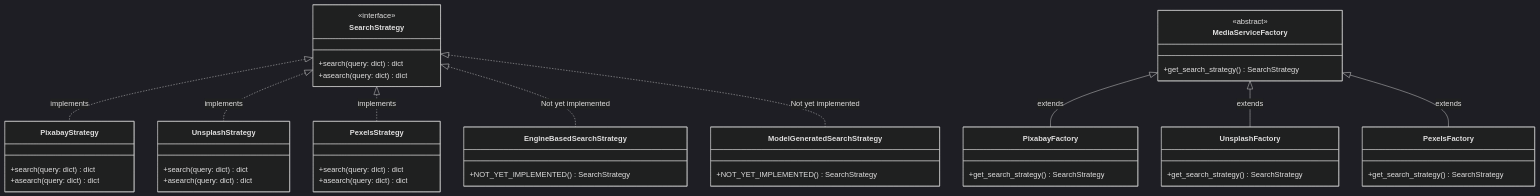
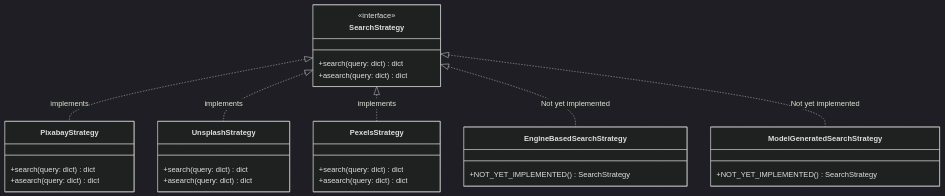
One commit to rickywesker/MediaSearcher changed the first of 2 diagrams in README.md. Above: the diagram before and after it, drawn with Mermaid (dark theme).

````diff
--- a/README.md
+++ b/README.md
@@ -63,61 +63,42 @@
 ```mermaid
 classDiagram
     %% Interface
     class SearchStrategy {
       <<interface>>
       +search(query: dict) dict
       +asearch(query: dict) dict
     }
 
     %% Concrete Strategies
     class PixabayStrategy {
       +search(query: dict) dict
       +asearch(query: dict) dict
     }
     class UnsplashStrategy {
       +search(query: dict) dict
       +asearch(query: dict) dict
     }
     class PexelsStrategy {
       +search(query: dict) dict
       +asearch(query: dict) dict
     }
 
     %% Future Strategies
     %% Use comments to mark not yet implemented features
     class EngineBasedSearchStrategy {
       +NOT_YET_IMPLEMENTED() SearchStrategy
     }
     class ModelGeneratedSearchStrategy {
       +NOT_YET_IMPLEMENTED() SearchStrategy
     }
 
-    %% Abstract Factory
-    class MediaServiceFactory {
-      <<abstract>>
-      +get_search_strategy() SearchStrategy
-    }
-
-    %% Concrete Factories
-    class PixabayFactory {
-      +get_search_strategy() SearchStrategy
-    }
-    class UnsplashFactory {
-      +get_search_strategy() SearchStrategy
-    }
-    class PexelsFactory {
-      +get_search_strategy() SearchStrategy
-    }
+   
 
     %% Relationships
     SearchStrategy <|.. PixabayStrategy: implements
     SearchStrategy <|.. UnsplashStrategy: implements
     SearchStrategy <|.. PexelsStrategy: implements
     SearchStrategy <|.. EngineBasedSearchStrategy: Not yet implemented
     SearchStrategy <|.. ModelGeneratedSearchStrategy: Not yet implemented
 
-    MediaServiceFactory <|-- PixabayFactory: extends
-    MediaServiceFactory <|-- UnsplashFactory: extends
-    MediaServiceFactory <|-- PexelsFactory: extends
-
 ```
````
